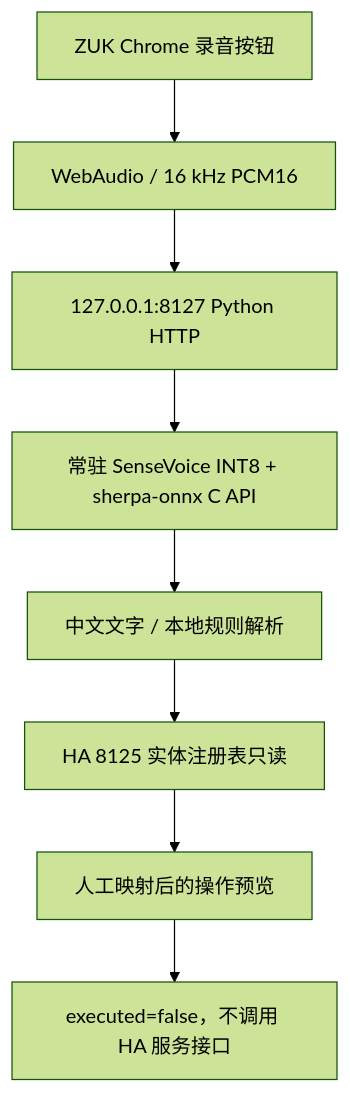
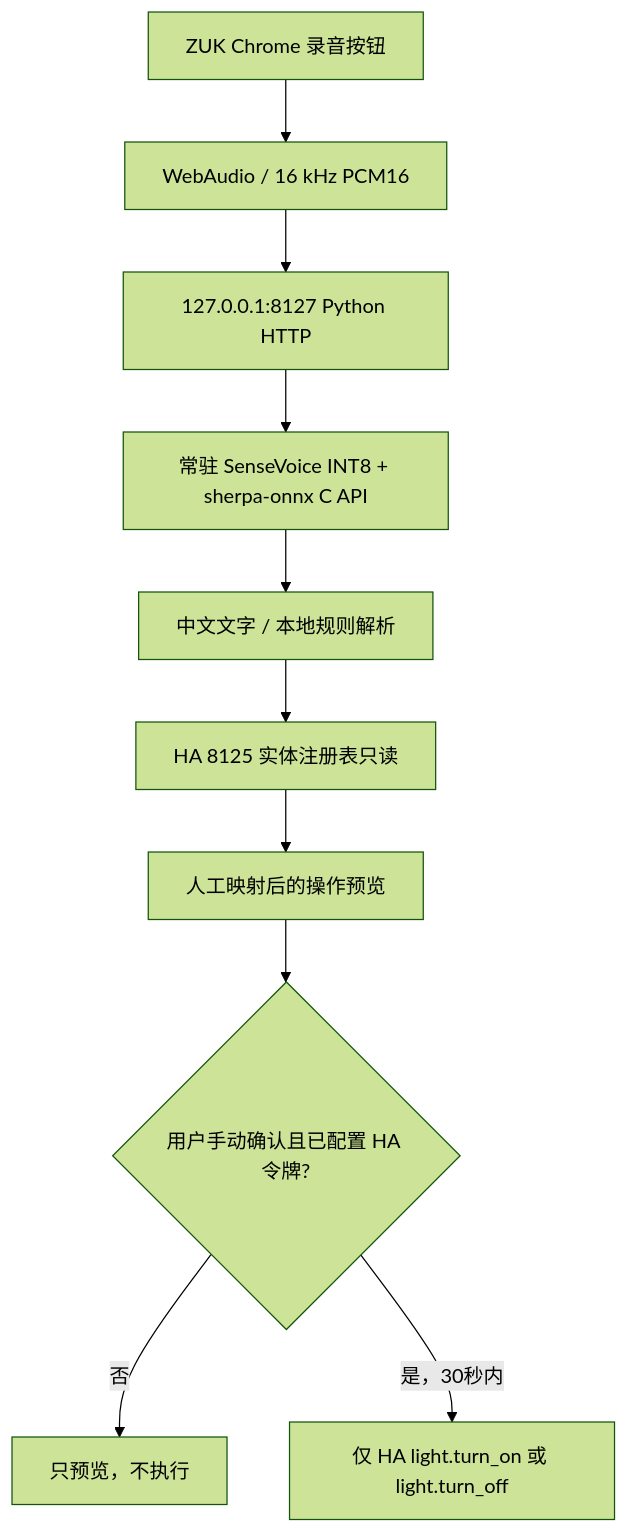
The diagram in experiments/local-voice/sensevoice-v1/README.md (zinianly-aide/ZUK-Android-HA-All-in-One), drawn with Mermaid (forest theme) before and after one commit. The commit also changed other lines of this file and 5 other files, not shown here.

````diff
--- a/experiments/local-voice/sensevoice-v1/README.md
+++ b/experiments/local-voice/sensevoice-v1/README.md
@@ -16,10 +17,12 @@
 ```mermaid
 flowchart TD
     A[ZUK Chrome 录音按钮] --> B[WebAudio / 16 kHz PCM16]
     B --> C[127.0.0.1:8127 Python HTTP]
     C --> D[常驻 SenseVoice INT8 + sherpa-onnx C API]
     D --> E[中文文字 / 本地规则解析]
     E --> F[HA 8125 实体注册表只读]
     F --> G[人工映射后的操作预览]
-    G --> H[executed=false，不调用 HA 服务接口]
+    G --> H{用户手动确认且已配置 HA 令牌?}
+    H -- 否 --> I[只预览，不执行]
+    H -- 是，30秒内 --> J[仅 HA light.turn_on 或 light.turn_off]
 ```
````
